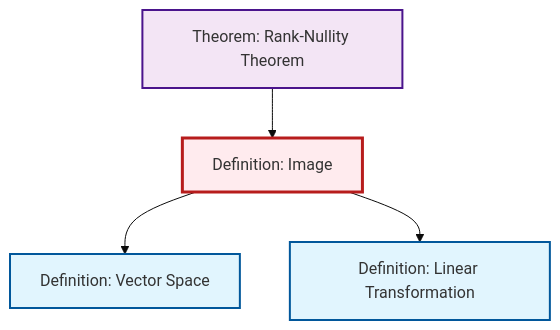
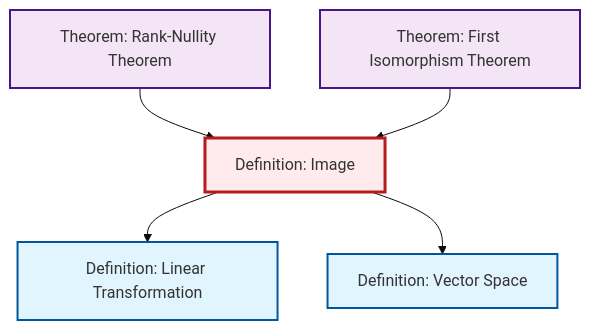
Before and after one commit to RK0429/ModernMath: the diagram in content/ja/algebra/def-image.qmd, drawn with Mermaid (base theme). The commit also changed 615 other files, not shown here.

````diff
--- a/content/ja/algebra/def-image.qmd
+++ b/content/ja/algebra/def-image.qmd
@@ -55,20 +55,23 @@
 ```{mermaid}
 %%| fig-cap: "Local dependency graph"
 graph TD
     classDef definition fill:#e1f5fe,stroke:#01579b,stroke-width:2px
     classDef theorem fill:#f3e5f5,stroke:#4a148c,stroke-width:2px
     classDef axiom fill:#fff3e0,stroke:#e65100,stroke-width:2px
     classDef example fill:#e8f5e9,stroke:#1b5e20,stroke-width:2px
     classDef current fill:#ffebee,stroke:#b71c1c,stroke-width:3px
+    thm-first-isomorphism["Theorem: First Isomorphism Theorem"]:::theorem
+    def-image["Definition: Image"]:::definition
+    def-linear-transformation["Definition: Linear Transformation"]:::definition
     thm-rank-nullity["Theorem: Rank-Nullity Theorem"]:::theorem
-    def-image["Definition: Image"]:::definition
     def-vector-space["Definition: Vector Space"]:::definition
-    def-linear-transformation["Definition: Linear Transformation"]:::definition
+    thm-rank-nullity --> def-image
+    def-image --> def-linear-transformation
+    thm-first-isomorphism --> def-image
     def-image --> def-vector-space
-    def-image --> def-linear-transformation
-    thm-rank-nullity --> def-image
     class def-image current
+    click thm-first-isomorphism "thm-first-isomorphism.html" "Theorem: First Isomorphism Theoremへ"
+    click def-linear-transformation "def-linear-transformation.html" "Definition: Linear Transformationへ"
     click thm-rank-nullity "thm-rank-nullity.html" "Theorem: Rank-Nullity Theoremへ"
     click def-vector-space "def-vector-space.html" "Definition: Vector Spaceへ"
-    click def-linear-transformation "def-linear-transformation.html" "Definition: Linear Transformationへ"
 ```
````
